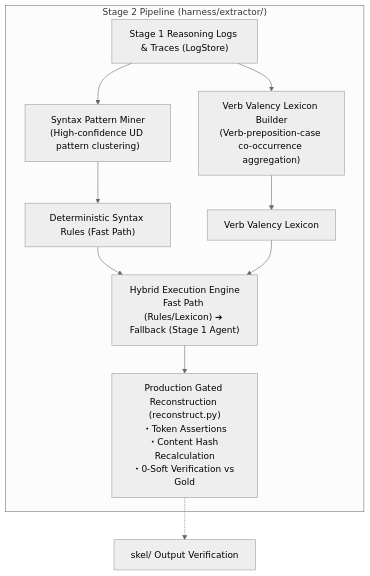
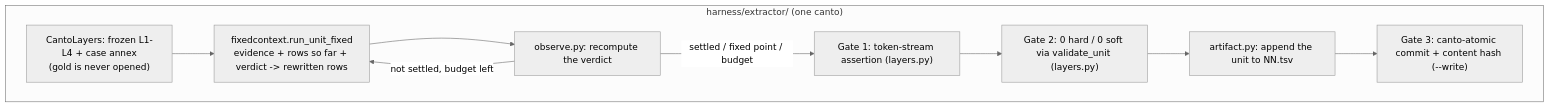
One commit to 7shi/dante-corpus changed the diagram in harness/extractor/PLAN.md. Above: the diagram before and after it, drawn with Mermaid (neutral theme). The commit also changed other lines of this file and 56 other files, not shown here.

````diff
--- a/harness/extractor/PLAN.md
+++ b/harness/extractor/PLAN.md
@@ -11,16 +32,13 @@
 ```mermaid
 graph TD
-    subgraph "Stage 2 Pipeline (harness/extractor/)"
-        Logs["Stage 1 Reasoning Logs & Traces (LogStore)"] --> Miner["Syntax Pattern Miner<br/>(High-confidence UD pattern clustering)"]
-        Logs --> LexBuilder["Verb Valency Lexicon Builder<br/>(Verb-preposition-case co-occurrence aggregation)"]
-        
-        Miner --> FastRules["Deterministic Syntax Rules (Fast Path)"]
-        LexBuilder --> Lexicon["Verb Valency Lexicon"]
-        
-        FastRules & Lexicon --> Hybrid["Hybrid Execution Engine<br/>Fast Path (Rules/Lexicon) ➔ Fallback (Stage 1 Agent)"]
-        
-        Hybrid --> Reconstruct["Production Gated Reconstruction (reconstruct.py)<br/>・Token Assertions<br/>・Content Hash Recalculation<br/>・0-Soft Verification vs Gold"]
+    subgraph "harness/extractor/ (one canto)"
+        Layers["CantoLayers: frozen L1-L4 + case annex<br/>(gold is never opened)"]
+        Layers --> Loop["fixedcontext.run_unit_fixed<br/>evidence + rows so far + verdict -> rewritten rows"]
+        Loop --> Obs["observe.py: recompute the verdict"]
+        Obs -->|"not settled, budget left"| Loop
+        Obs -->|"settled / fixed point / budget"| G1["Gate 1: token-stream assertion (layers.py)"]
+        G1 --> G2["Gate 2: 0 hard / 0 soft via validate_unit (layers.py)"]
+        G2 --> Tsv["artifact.py: append the unit to NN.tsv"]
+        Tsv --> G3["Gate 3: canto-atomic commit + content hash (--write)"]
     end
-    
-    Reconstruct -.-> TargetTSV["skel/ Output Verification"]
 ```
````
